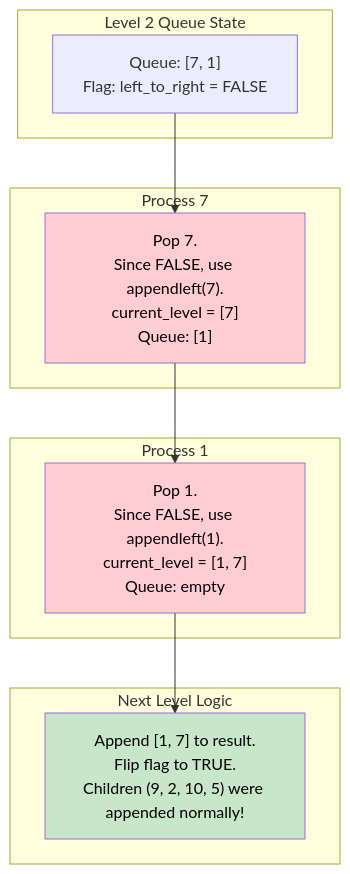
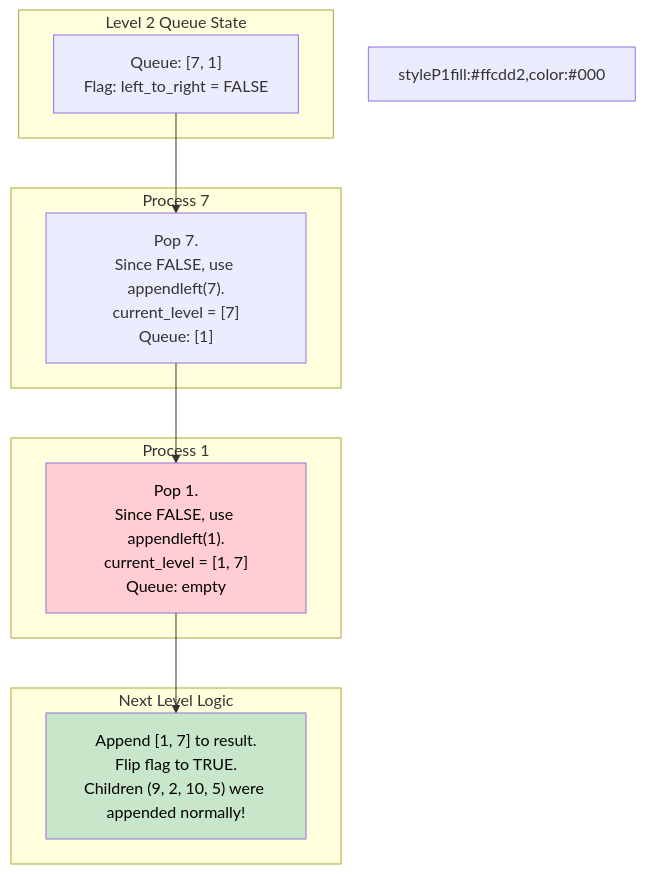
One commit to vadde/DSA changed the diagram in 11 - Tree Breadth First Search/problem_03_zigzag_traversal_walkthrough.md. Above: the diagram before and after it, drawn with Mermaid. The commit also changed 245 other files, not shown here.

First line of the commit message:
fix: Forensic fix of all Mermaid rendering issues across entire DSA repo + add pre-commit validation infrastructure

````diff
--- a/11 - Tree Breadth First Search/problem_03_zigzag_traversal_walkthrough.md
+++ b/11 - Tree Breadth First Search/problem_03_zigzag_traversal_walkthrough.md
@@ -72,26 +72,26 @@
 ```mermaid
 flowchart TD
-    subgraph Level 2 Queue State
+    subgraph Level2QueueState [Level 2 Queue State]
         Q1["Queue: [7, 1]\nFlag: left_to_right = FALSE"]
     end
     
-    subgraph Process 7
+    subgraph Process7 [Process 7]
         P1["Pop 7.\nSince FALSE, use appendleft(7).\ncurrent_level = [7]\nQueue: [1]"]
     end
     
-    subgraph Process 1
+    subgraph Process1 [Process 1]
         P2["Pop 1.\nSince FALSE, use appendleft(1).\ncurrent_level = [1, 7]\nQueue: empty"]
     end
     
-    subgraph Next Level Logic
+    subgraph NextLevelLogic [Next Level Logic]
         N1["Append [1, 7] to result.\nFlip flag to TRUE.\nChildren (9, 2, 10, 5) were appended normally!"]
     end
-    
-    Q1 --> P1
-    P1 --> P2
+
+Q1 --> P1
+P1 --> P2
     P2 --> N1
-    
-    style P1 fill:#ffcdd2,color:#000
+
+styleP1fill:#ffcdd2,color:#000
     style P2 fill:#ffcdd2,color:#000
     style N1 fill:#c8e6c9,color:#000
 ```
````
